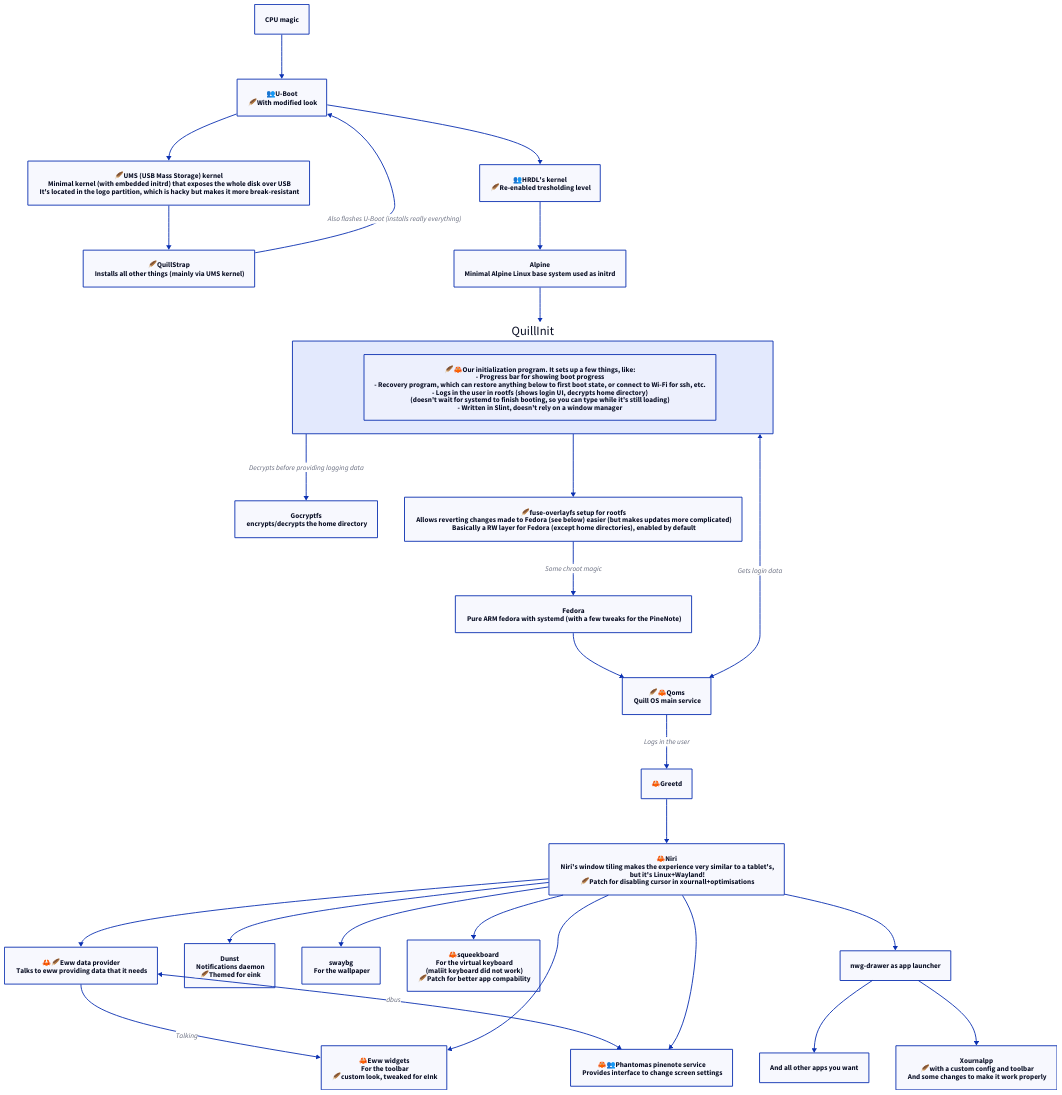
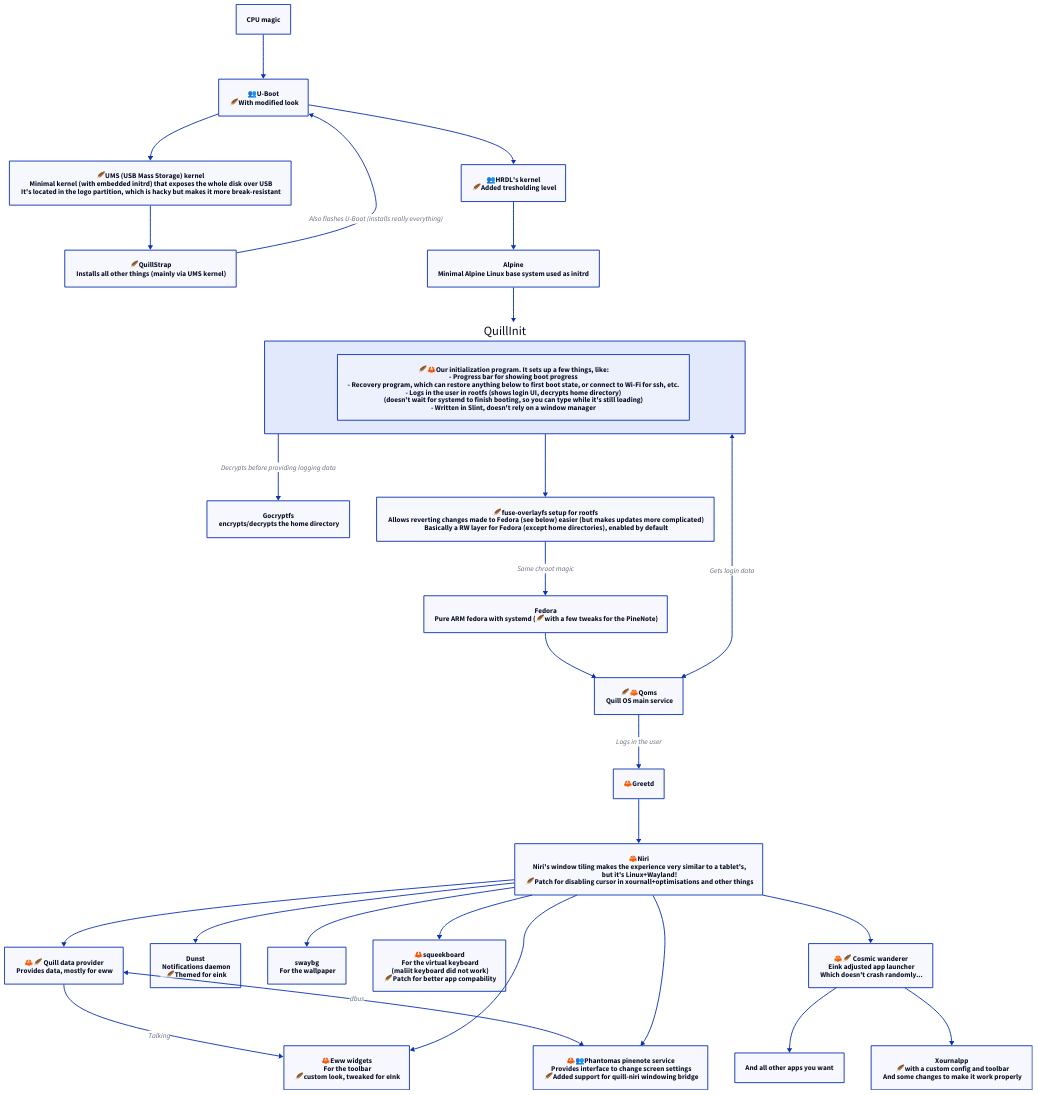
One commit to PorQ-Pine/docs changed the diagram in public/technical/graph.d2. Above: the diagram before and after it, drawn with D2. The commit also changed 2 other files, not shown here.

Commit message:
update apps

```diff
--- a/public/technical/graph.d2
+++ b/public/technical/graph.d2
@@ -1,95 +1,99 @@
 CPU magic -> uboot
 uboot: "👥U-Boot\
 \n 🪶With modified look"
 
 UMSK: "🪶UMS (USB Mass Storage) kernel\
 \n Minimal kernel (with embedded initrd) that exposes the whole disk over USB\
 \n It's located in the logo partition, which is hacky but makes it more break-resistant"
 uboot -> UMSK
 
 QuillStrap: "🪶QuillStrap\
 \n Installs all other things (mainly via UMS kernel)"
 UMSK -> QuillStrap
 QuillStrap -> uboot: "Also flashes U-Boot (installs really everything)"
 
 HRDLK: "👥HRDL's kernel\
-\n 🪶Re-enabled tresholding level"
+\n 🪶Added tresholding level"
 uboot -> HRDLK
 
 Alpine: "Alpine\
 \nMinimal Alpine Linux base system used as initrd"
 HRDLK -> Alpine
 
 QuillInit: {|md
 🪶🦀Our initialization program. It sets up a few things, like:
 - Progress bar for showing boot progress
 - Recovery program, which can restore anything below to first boot state, or connect to Wi-Fi for ssh, etc.
 - Logs in the user in rootfs (shows login UI, decrypts home directory)
 (doesn't wait for systemd to finish booting, so you can type while it's still loading)
 - Written in Slint, doesn't rely on a window manager
 |}
 Alpine -> QuillInit
 
 Gocryptfs: "Gocryptfs\
 \n encrypts/decrypts the home directory"
 QuillInit -> Gocryptfs: "Decrypts before providing logging data"
 
 FuseOverlay: "🪶fuse-overlayfs setup for rootfs\
 \n Allows reverting changes made to Fedora (see below) easier (but makes updates more complicated)\
 \n Basically a RW layer for Fedora (except home directories), enabled by default"
 QuillInit -> FuseOverlay
 
 Fedora: "Fedora\
-\n Pure ARM fedora with systemd (with a few tweaks for the PineNote)"
+\n Pure ARM fedora with systemd (🪶with a few tweaks for the PineNote)"
 FuseOverlay -> Fedora: "Some chroot magic"
 
 Qoms: "🪶🦀Qoms\
 \n Quill OS main service"
 Fedora -> Qoms
 Qoms <-> QuillInit: "Gets login data"
 
 Greetd: "🦀Greetd"
 Qoms -> Greetd: "Logs in the user"
 
 Niri: "🦀Niri\
 \n Niri's window tiling makes the experience very similar to a tablet's,\
 \n but it's Linux+Wayland!\
-\n 🪶Patch for disabling cursor in xournall+optimisations"
+\n 🪶Patch for disabling cursor in xournall+optimisations and other things"
 Greetd -> Niri
 
 Eww: "🦀Eww widgets\
 \n For the toolbar\
 \n 🪶custom look, tweaked for eInk"
-EwwDataProvider: "🦀🪶Eww data provider\
-\n Talks to eww providing data that it needs"
-EwwDataProvider -> Eww: Talking
+QuillDataProvider: "🦀🪶 Quill data provider\
+\n Provides data, mostly for eww"
+QuillDataProvider -> Eww: Talking
 Dunst: "Dunst\
 \n Notifications daemon\
 \n 🪶Themed for eink"
 SwayBg: "swaybg\
 \n For the wallpaper"
 squeekboard: "🦀squeekboard\
 \n For the virtual keyboard\
 \n (maliit keyboard did not work)\
 \n 🪶Patch for better app compability"
 PinenoteService: "🦀👥Phantomas pinenote service\
-\n Provides interface to change screen settings"
-EwwDataProvider <-> PinenoteService: "dbus"
+\n Provides interface to change screen settings\
+\n 🪶Added support for quill-niri windowing bridge"
+
+QuillDataProvider <-> PinenoteService: "dbus"
 
 Niri -> Eww
-Niri -> EwwDataProvider
+Niri -> QuillDataProvider
 Niri -> Dunst
 Niri -> SwayBg
 Niri -> squeekboard
 Niri -> PinenoteService
 
-NwgDrawer: "nwg-drawer as app launcher"
-Niri -> NwgDrawer
+CosmicWanderer: "🦀🪶 Cosmic wanderer\
+\n Eink adjusted app launcher\
+\n Which doesn't crash randomly..."
+Niri -> CosmicWanderer
 
 OtherApps: "And all other apps you want"
-NwgDrawer -> OtherApps
+CosmicWanderer -> OtherApps
 
 Xournalpp: "Xournalpp\
 \n 🪶with a custom config and toolbar\
 \n And some changes to make it work properly"
-NwgDrawer -> Xournalpp
+CosmicWanderer -> Xournalpp
```
